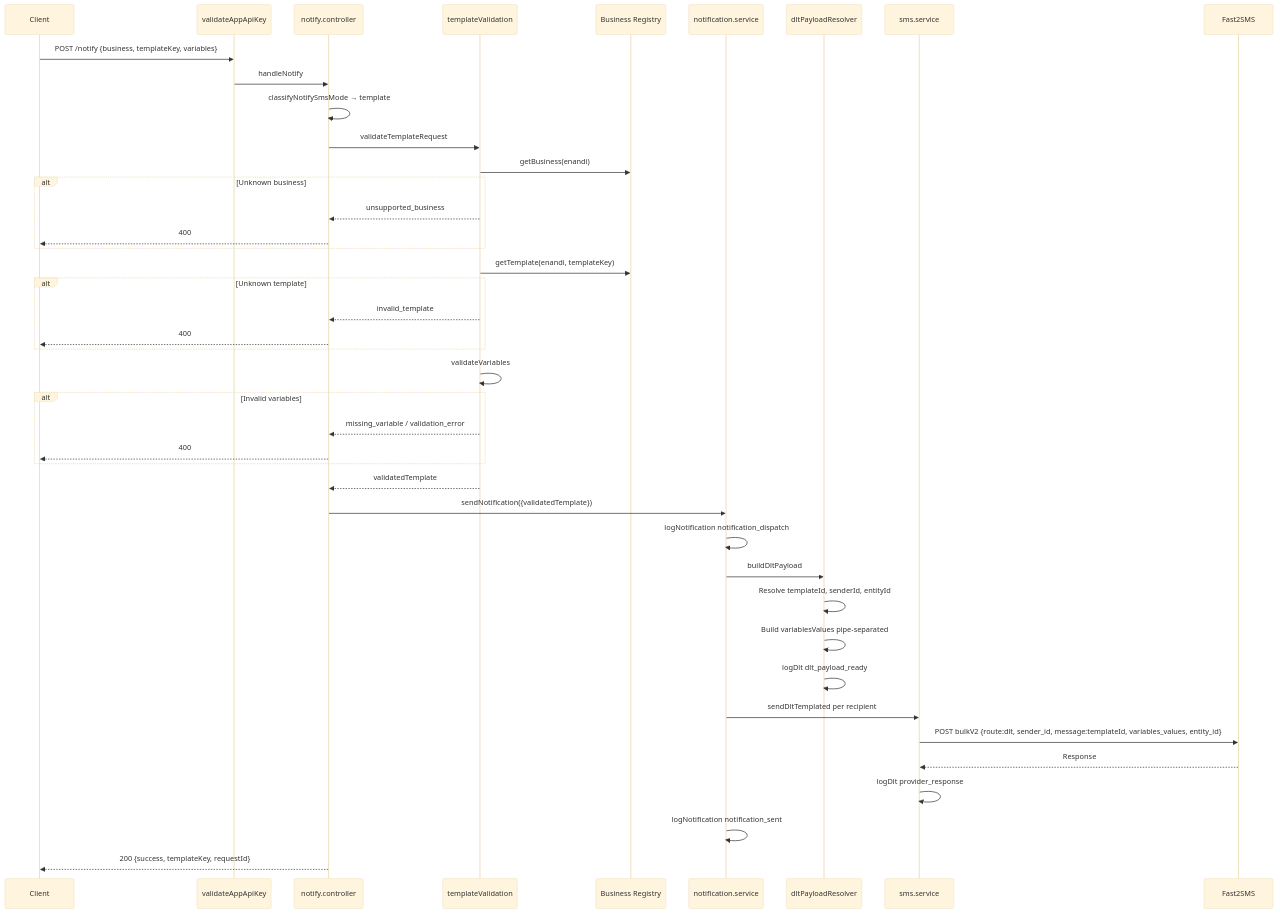
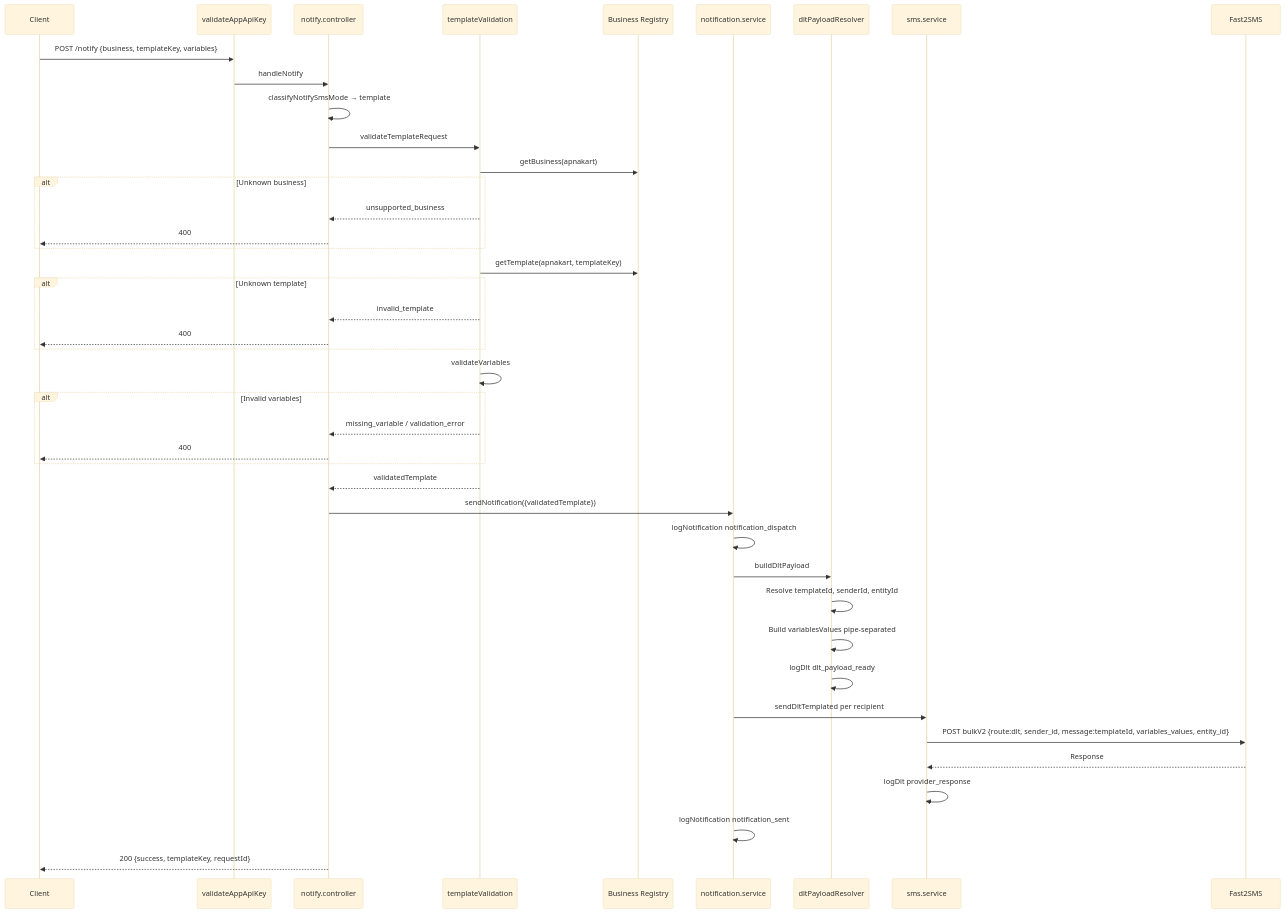
One commit to elva-tech/notify-service changed the fourth of 5 diagrams in docs/architecture/request-lifecycle.md. Above: the diagram before and after it, drawn with Mermaid (base theme). The commit also changed other lines of this file and 93 other files, not shown here.

Commit message:
modified onboarding flow

````diff
--- a/docs/architecture/request-lifecycle.md
+++ b/docs/architecture/request-lifecycle.md
@@ -278,45 +278,45 @@
 ```mermaid
 sequenceDiagram
     participant Client
     participant Auth as validateAppApiKey
     participant Ctrl as notify.controller
     participant TV as templateValidation
     participant Reg as Business Registry
     participant Notif as notification.service
     participant DLT as dltPayloadResolver
     participant SMS as sms.service
     participant F2S as Fast2SMS
 
     Client->>Auth: POST /notify {business, templateKey, variables}
     Auth->>Ctrl: handleNotify
     Ctrl->>Ctrl: classifyNotifySmsMode → template
     Ctrl->>TV: validateTemplateRequest
-    TV->>Reg: getBusiness(enandi)
+    TV->>Reg: getBusiness(apnakart)
     alt Unknown business
         TV-->>Ctrl: unsupported_business
         Ctrl-->>Client: 400
     end
-    TV->>Reg: getTemplate(enandi, templateKey)
+    TV->>Reg: getTemplate(apnakart, templateKey)
     alt Unknown template
         TV-->>Ctrl: invalid_template
         Ctrl-->>Client: 400
     end
     TV->>TV: validateVariables
     alt Invalid variables
         TV-->>Ctrl: missing_variable / validation_error
         Ctrl-->>Client: 400
     end
     TV-->>Ctrl: validatedTemplate
     Ctrl->>Notif: sendNotification({validatedTemplate})
     Notif->>Notif: logNotification notification_dispatch
     Notif->>DLT: buildDltPayload
     DLT->>DLT: Resolve templateId, senderId, entityId
     DLT->>DLT: Build variablesValues pipe-separated
     DLT->>DLT: logDlt dlt_payload_ready
     Notif->>SMS: sendDltTemplated per recipient
     SMS->>F2S: POST bulkV2 {route:dlt, sender_id, message:templateId, variables_values, entity_id}
     F2S-->>SMS: Response
     SMS->>SMS: logDlt provider_response
     Notif->>Notif: logNotification notification_sent
     Ctrl-->>Client: 200 {success, templateKey, requestId}
 ```
````
